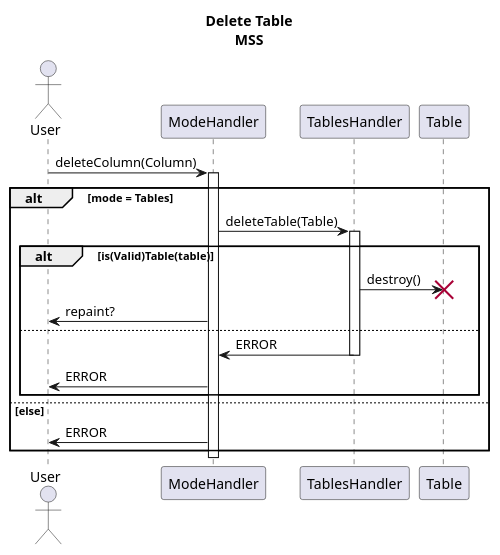
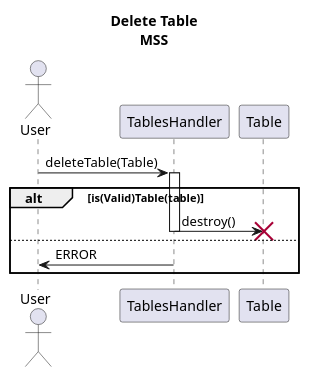
Before and after one commit to Bhamoss/softwareOntwerpProject: the diagram in diagrams/interactionDiagrams/deleteTable.puml, drawn with PlantUML. The commit also changed 12 other files, not shown here.

Commit message:
interactie diagrammen aangepasdt

```diff
--- a/diagrams/interactionDiagrams/deleteTable.puml
+++ b/diagrams/interactionDiagrams/deleteTable.puml
@@ -1,23 +1,16 @@
 @startuml
 title Delete Table\nMSS
 Actor User
-User -> ModeHandler: deleteColumn(Column)
-activate ModeHandler
-alt mode = Tables
-ModeHandler -> TablesHandler: deleteTable(Table)
+
+User -> TablesHandler: deleteTable(Table)
 alt is(Valid)Table(table)
 activate TablesHandler
 
 TablesHandler -> Table: destroy()
 destroy Table
-ModeHandler -> User: repaint?
 else
-TablesHandler -> ModeHandler : ERROR
 deactivate TablesHandler
-ModeHandler-> User : ERROR
+TablesHandler-> User : ERROR
 end
-else else
-ModeHandler -> User: ERROR
-end
-deactivate ModeHandler
+
 @enduml
```
